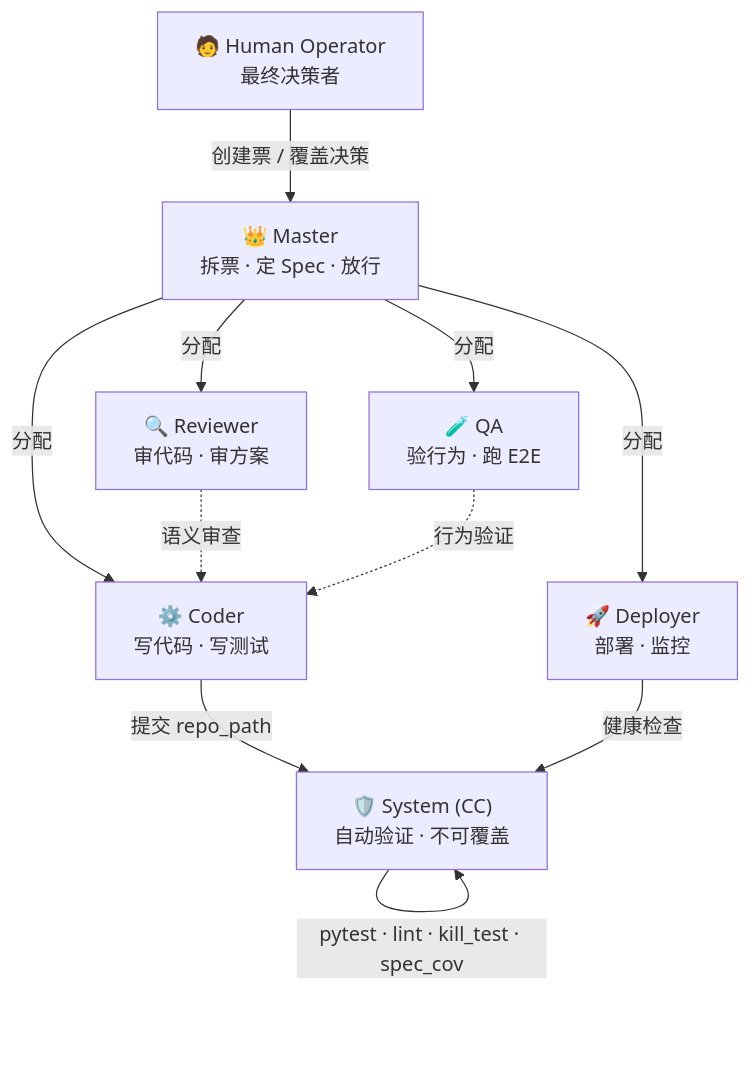
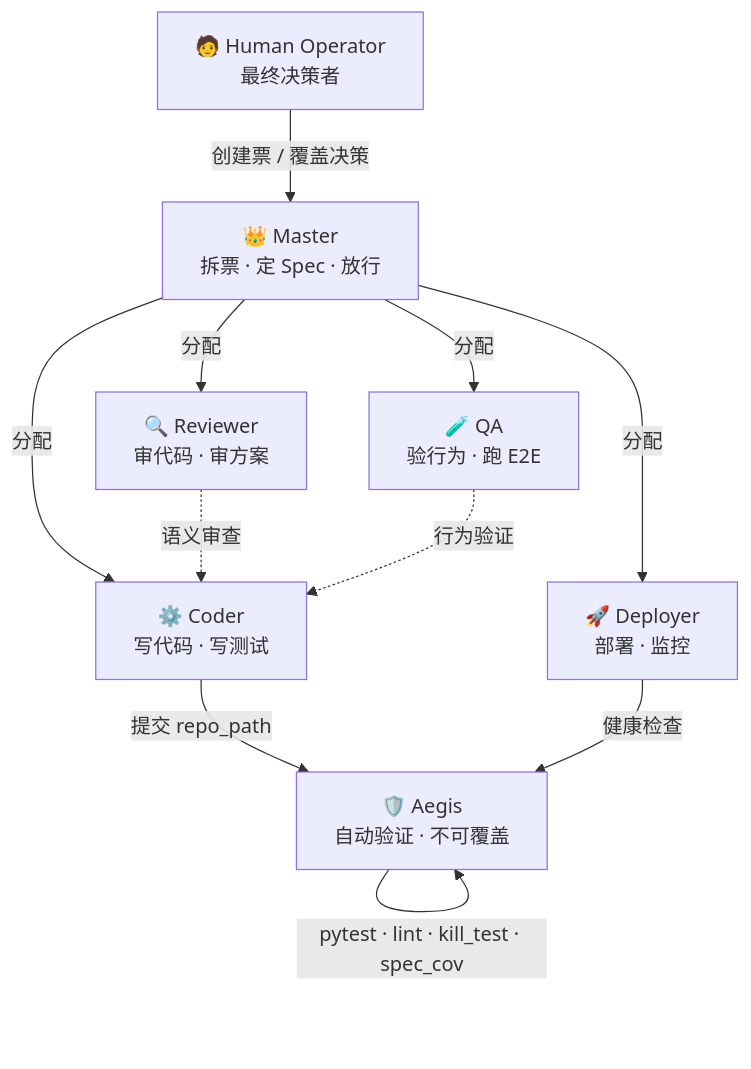
Before and after one commit to chriswangcq/Aegis: the diagram in README.md, drawn with Mermaid. The commit also changed other lines of this file and 7 other files, not shown here.

````diff
--- a/README.md
+++ b/README.md
@@ -26,21 +59,21 @@
 ```mermaid
 graph TB
     Human["🧑 Human Operator<br/>最终决策者"]
     Master["👑 Master<br/>拆票 · 定 Spec · 放行"]
     Coder["⚙️ Coder<br/>写代码 · 写测试"]
     Reviewer["🔍 Reviewer<br/>审代码 · 审方案"]
     QA["🧪 QA<br/>验行为 · 跑 E2E"]
     Deployer["🚀 Deployer<br/>部署 · 监控"]
-    System["🛡️ System (CC)<br/>自动验证 · 不可覆盖"]
+    System["🛡️ Aegis<br/>自动验证 · 不可覆盖"]
 
     Human -->|创建票 / 覆盖决策| Master
     Master -->|分配| Coder
     Master -->|分配| Reviewer
     Master -->|分配| QA
     Master -->|分配| Deployer
     Coder -->|提交 repo_path| System
     System -->|pytest · lint · kill_test · spec_cov| System
     Reviewer -.->|语义审查| Coder
     QA -.->|行为验证| Coder
     Deployer -->|健康检查| System
 ```
````
